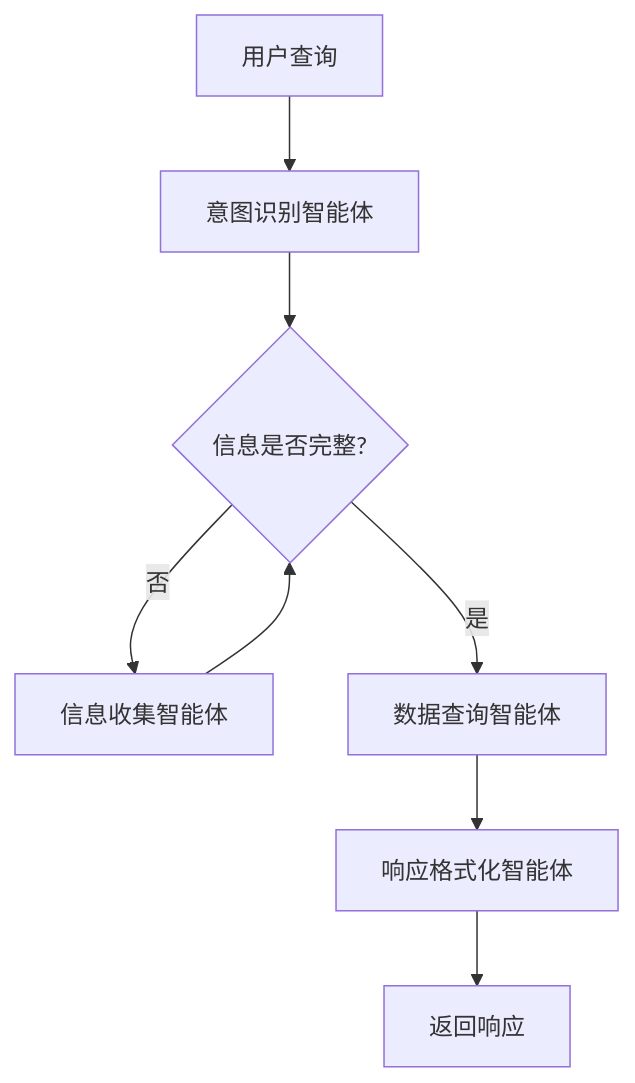
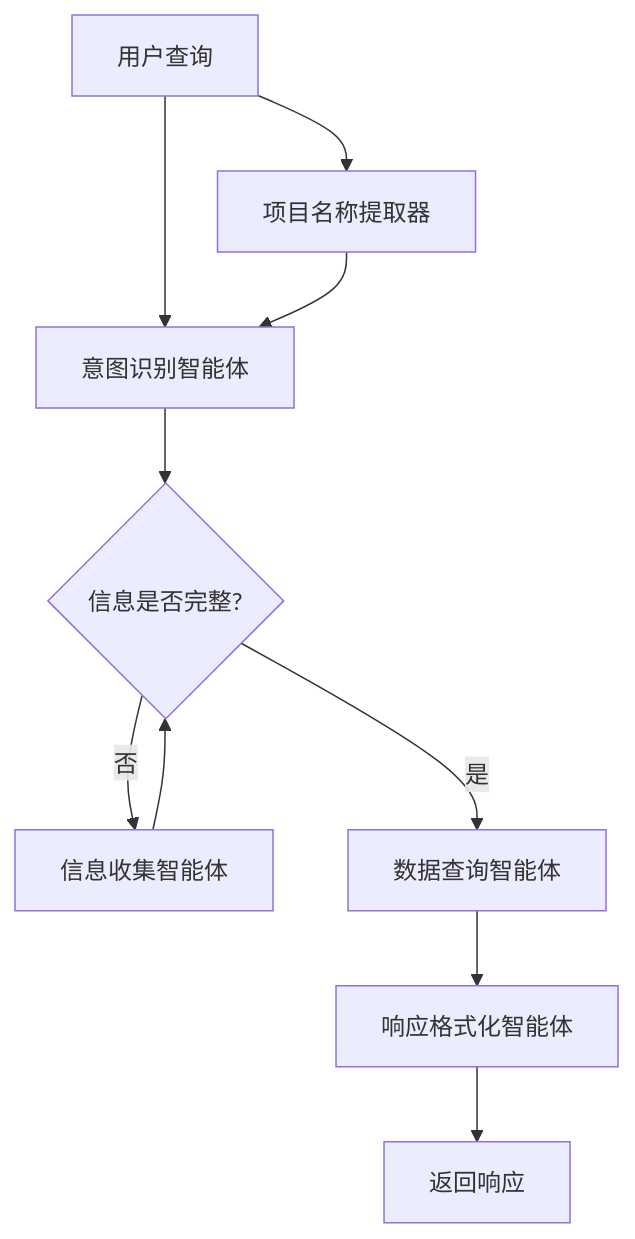
Before and after one commit to DellDi/autogen-fastapi-postgres: the diagram in autogenchat_bi/README.md, drawn with Mermaid. The commit also changed other lines of this file and 14 other files, not shown here.

````diff
--- a/autogenchat_bi/README.md
+++ b/autogenchat_bi/README.md
@@ -95,10 +136,12 @@
 ```mermaid
 flowchart TD
     Start[用户查询] --> IntentAgent[意图识别智能体]
+    Start --> ProjectExtractor[项目名称提取器]
+    ProjectExtractor --> IntentAgent
     IntentAgent --> InfoCheck{信息是否完整?}
     InfoCheck -- 否 --> CollectorAgent[信息收集智能体]
     CollectorAgent --> InfoCheck
     InfoCheck -- 是 --> QueryAgent[数据查询智能体]
     QueryAgent --> FormatAgent[响应格式化智能体]
     FormatAgent --> Response[返回响应]
 ```
````
